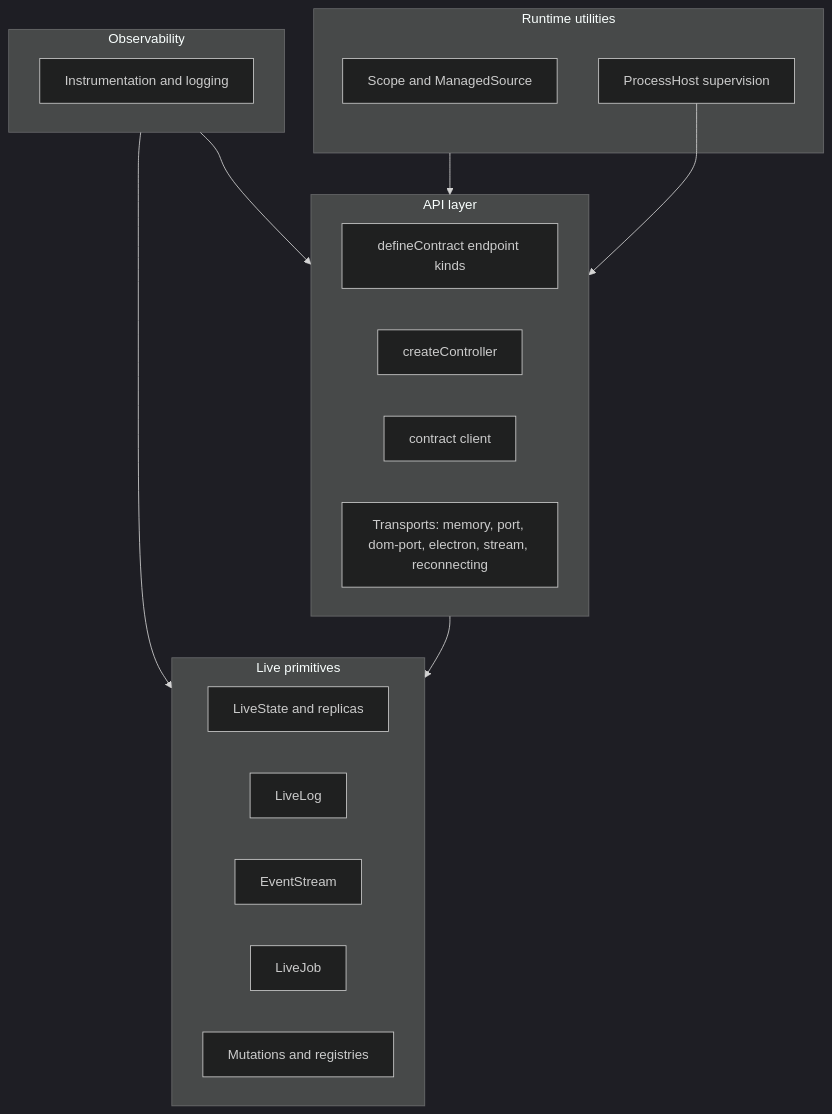
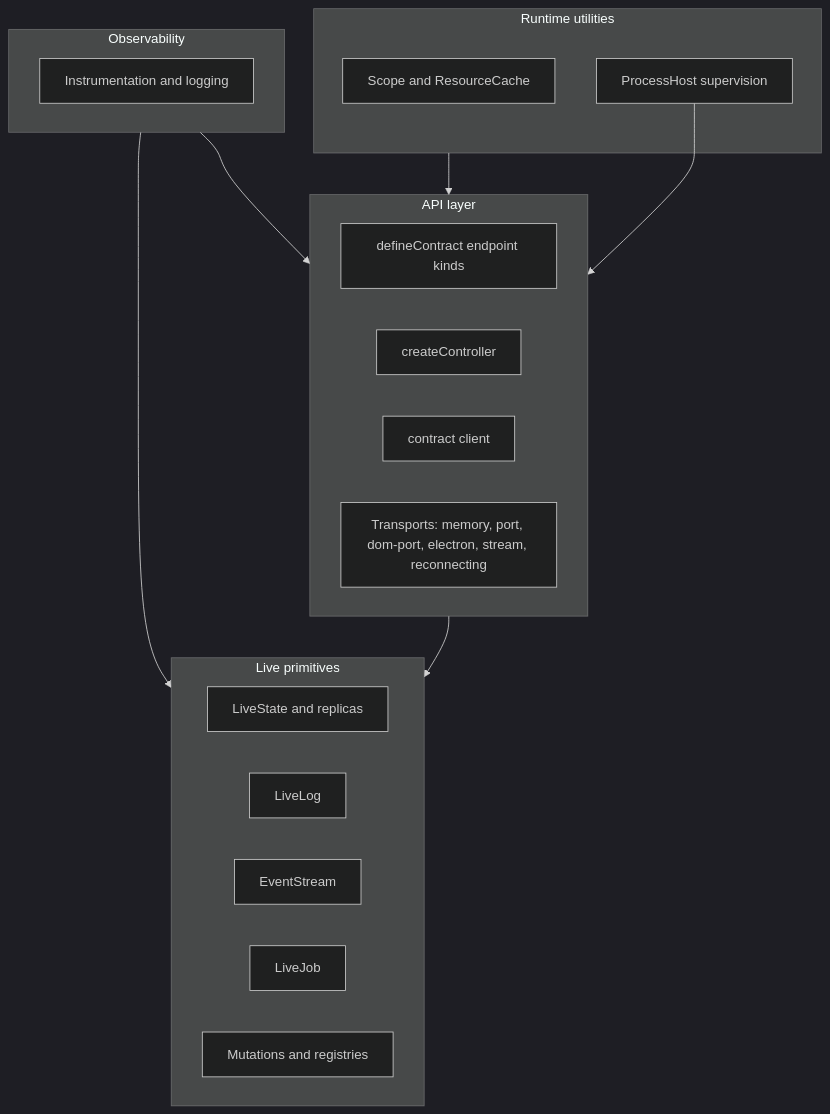
Before and after one commit to generalaction/emdash: the diagram in packages/wire/docs/README.md, drawn with Mermaid (dark theme). The commit also changed other lines of this file and 20 other files, not shown here.

Commit message:
feat: refactor managed source

````diff
--- a/packages/wire/docs/README.md
+++ b/packages/wire/docs/README.md
@@ -9,27 +9,27 @@
 ```mermaid
 flowchart TB
   subgraph runtime [Runtime utilities]
-    scope[Scope and ManagedSource]
+    scope[Scope and ResourceCache]
     processHost[ProcessHost supervision]
   end
   subgraph api [API layer]
     contracts[defineContract endpoint kinds]
     controller[createController]
     client[contract client]
     transports[Transports: memory, port, dom-port, electron, stream, reconnecting]
   end
   subgraph live [Live primitives]
     model[LiveState and replicas]
     log[LiveLog]
     eventStream[EventStream]
     job[LiveJob]
     mutations[Mutations and registries]
   end
   subgraph observability [Observability]
     instrumentation[Instrumentation and logging]
   end
   runtime --> api --> live
   observability --> api
   observability --> live
   processHost --> api
 ```
````
